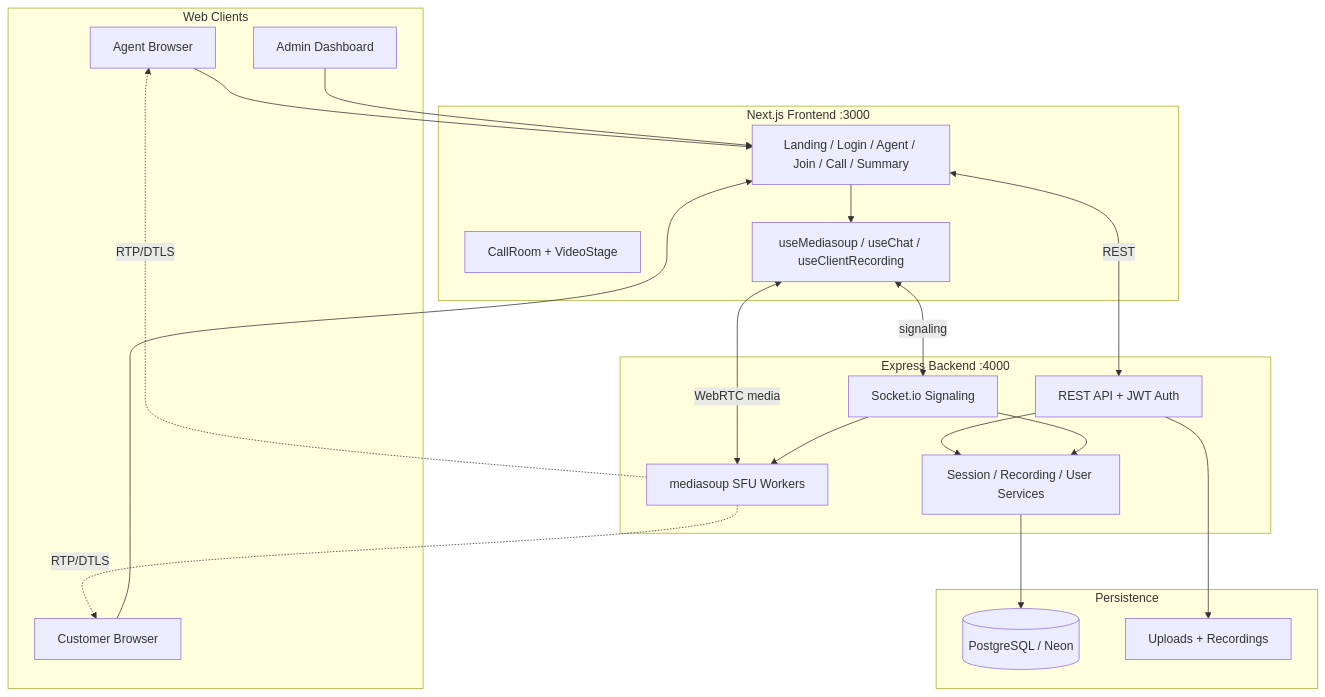
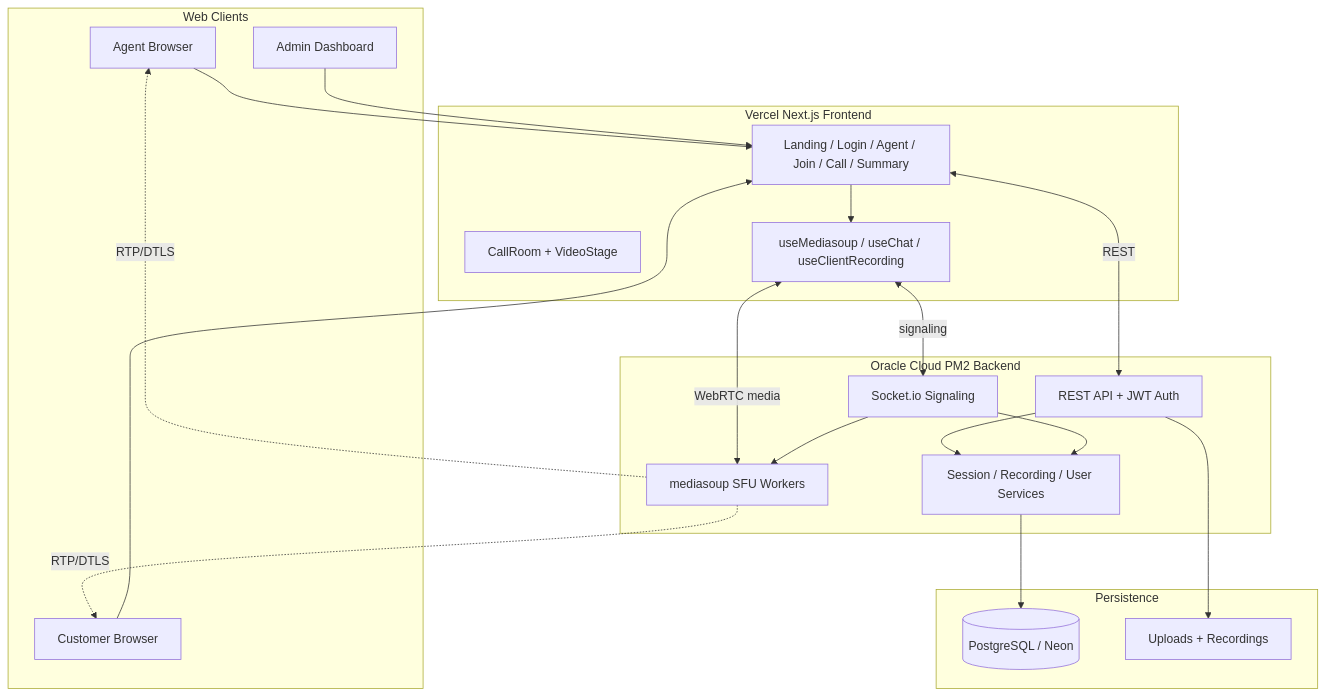
One commit to kartik-kumar-pandey/AssistSphere changed the first of 2 diagrams in ARCHITECTURE.md. Above: the diagram before and after it, drawn with Mermaid. The commit also changed other lines of this file and 6 other files, not shown here.

Commit message:
docs: update architecture with recent changes

````diff
--- a/ARCHITECTURE.md
+++ b/ARCHITECTURE.md
@@ -7,41 +7,41 @@
 ```mermaid
 flowchart TB
   subgraph clients [Web Clients]
     Agent[Agent Browser]
     Customer[Customer Browser]
     Admin[Admin Dashboard]
   end
 
-  subgraph frontend [Next.js Frontend :3000]
+  subgraph frontend [Vercel Next.js Frontend]
     Pages[Landing / Login / Agent / Join / Call / Summary]
     CallUI[CallRoom + VideoStage]
     Hooks[useMediasoup / useChat / useClientRecording]
   end
 
-  subgraph backend [Express Backend :4000]
+  subgraph backend [Oracle Cloud PM2 Backend]
     API[REST API + JWT Auth]
     Socket[Socket.io Signaling]
     MS[mediasoup SFU Workers]
     Services[Session / Recording / User Services]
   end
 
   subgraph data [Persistence]
   PG[(PostgreSQL / Neon)]
   Files[Uploads + Recordings]
   end
 
   Agent --> Pages
   Customer --> Pages
   Admin --> Pages
   Pages --> Hooks
   Hooks <-->|WebRTC media| MS
   Hooks <-->|signaling| Socket
   Pages <-->|REST| API
   API --> Services
   Socket --> MS
   Socket --> Services
   Services --> PG
   API --> Files
   MS -.->|RTP/DTLS| Agent
   MS -.->|RTP/DTLS| Customer
 ```
````
